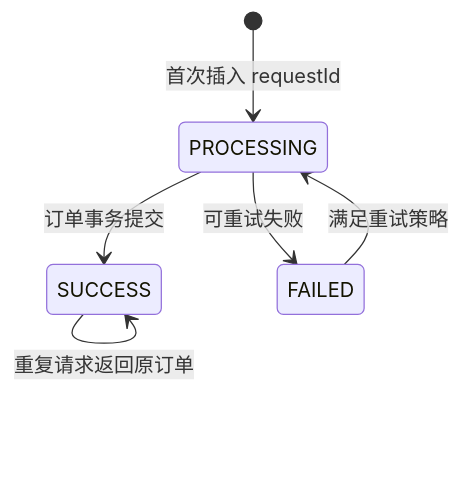
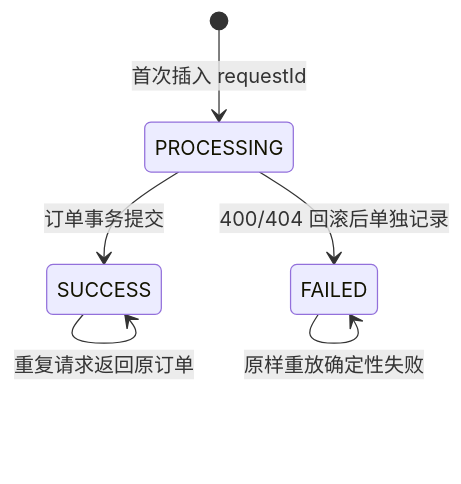
One commit to Attacker687/HotelSystemBackend changed the second of 3 diagrams in docs/booking-consistency.md. Above: the diagram before and after it, drawn with Mermaid. The commit also changed other lines of this file and 7 other files, not shown here.

Commit message:
feat(S03): satisfy AC1-AC3 inventory schema and atomic backfill

````diff
--- a/docs/booking-consistency.md
+++ b/docs/booking-consistency.md
@@ -99,8 +101,8 @@
 ```mermaid
 stateDiagram-v2
     [*] --> PROCESSING: 首次插入 requestId
     PROCESSING --> SUCCESS: 订单事务提交
-    PROCESSING --> FAILED: 可重试失败
+    PROCESSING --> FAILED: 400/404 回滚后单独记录
     SUCCESS --> SUCCESS: 重复请求返回原订单
-    FAILED --> PROCESSING: 满足重试策略
+    FAILED --> FAILED: 原样重放确定性失败
 ```
````
